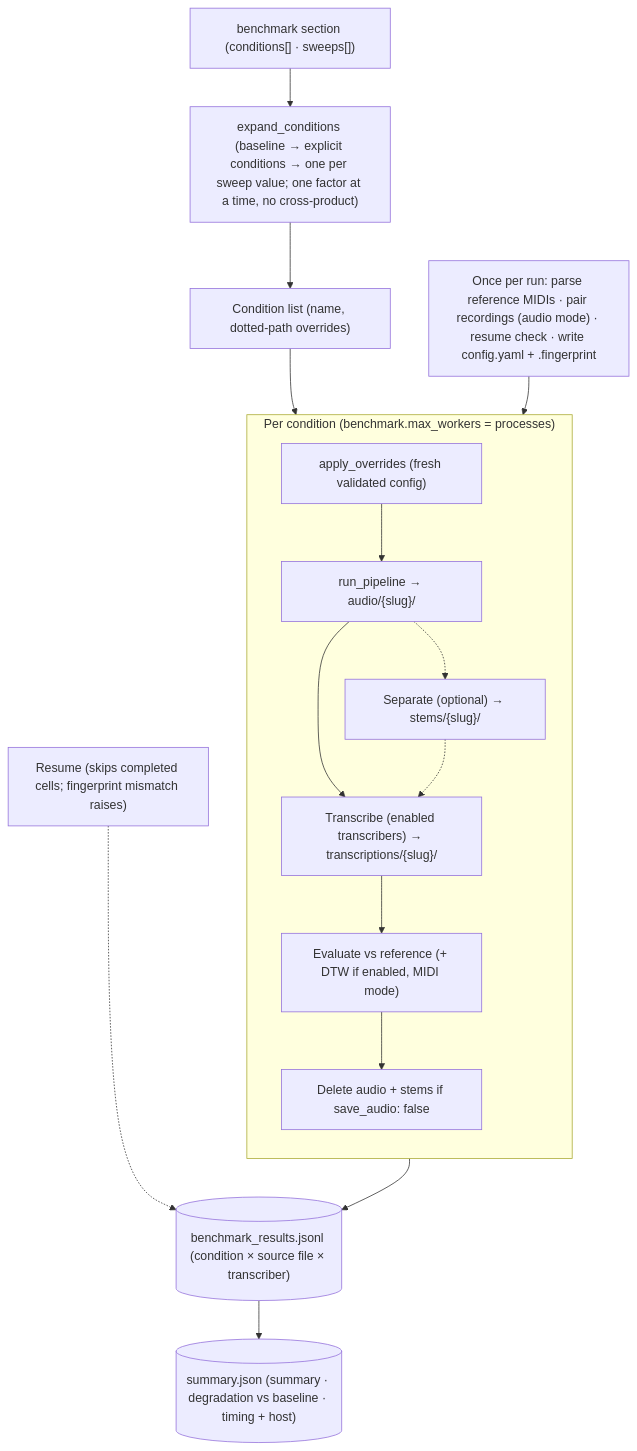
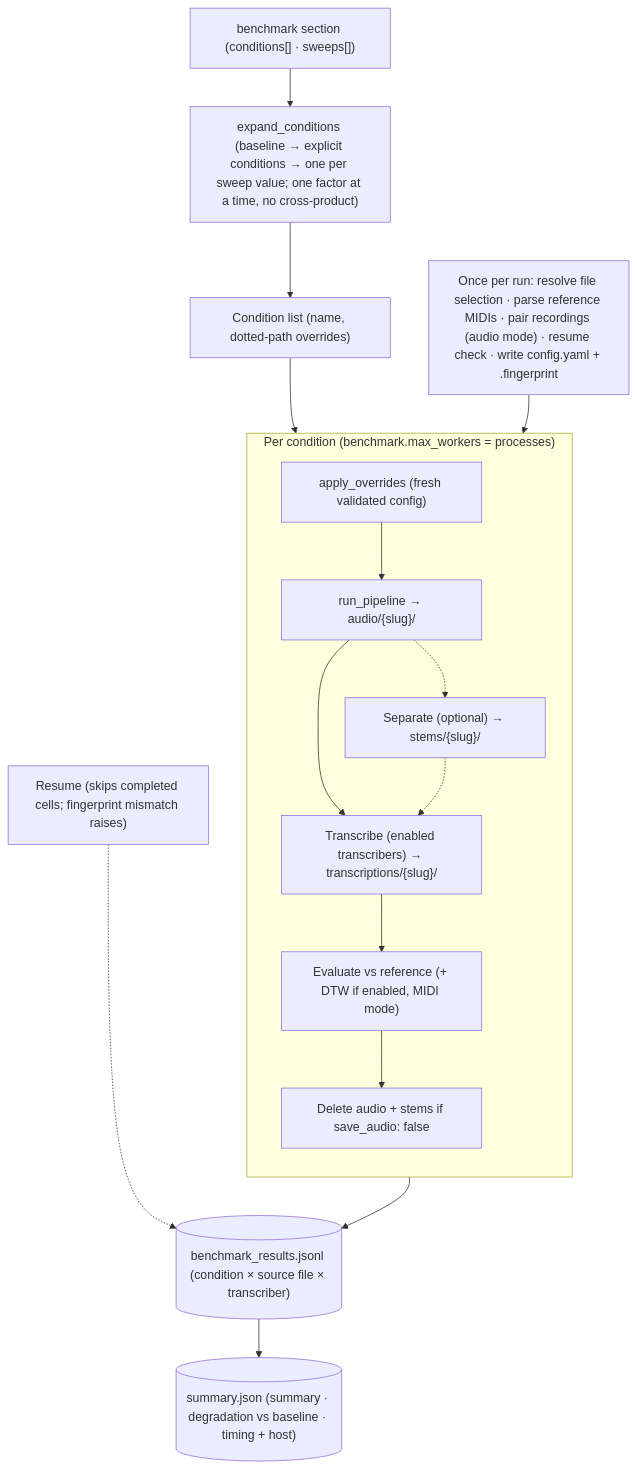
One commit to dadmaan/sonitra changed the sixth of 10 diagrams in ARCHITECTURE.md. Above: the diagram before and after it, drawn with Mermaid. The commit also changed other lines of this file and 8 other files, not shown here.

First line of the commit message:
docs(core): document file selection, run directory, and presets

````diff
--- a/ARCHITECTURE.md
+++ b/ARCHITECTURE.md
@@ -148,28 +148,28 @@
 ```mermaid
 flowchart TB
     bm["benchmark section (conditions[] · sweeps[])"]
     expand["expand_conditions (baseline → explicit conditions → one per sweep value; one factor at a time, no cross-product)"]
     conds["Condition list (name, dotted-path overrides)"]
-    setup["Once per run: parse reference MIDIs · pair recordings (audio mode) · resume check · write config.yaml + .fingerprint"]
+    setup["Once per run: resolve file selection · parse reference MIDIs · pair recordings (audio mode) · resume check · write config.yaml + .fingerprint"]
     bm --> expand --> conds
 
     subgraph percond["Per condition (benchmark.max_workers = processes)"]
         direction TB
         apply["apply_overrides (fresh validated config)"]
         render["run_pipeline → audio/{slug}/"]
         sep["Separate (optional) → stems/{slug}/"]
         tx["Transcribe (enabled transcribers) → transcriptions/{slug}/"]
         eval["Evaluate vs reference (+ DTW if enabled, MIDI mode)"]
         clean["Delete audio + stems if save_audio: false"]
         apply --> render --> tx
         render -.-> sep -.-> tx
         tx --> eval --> clean
     end
 
     conds --> percond
     setup --> percond
     percond --> records[("benchmark_results.jsonl (condition × source file × transcriber)")]
     records --> summary[("summary.json (summary · degradation vs baseline · timing + host)")]
     resume["Resume (skips completed cells; fingerprint mismatch raises)"]
     resume -.-> records
 ```
````
